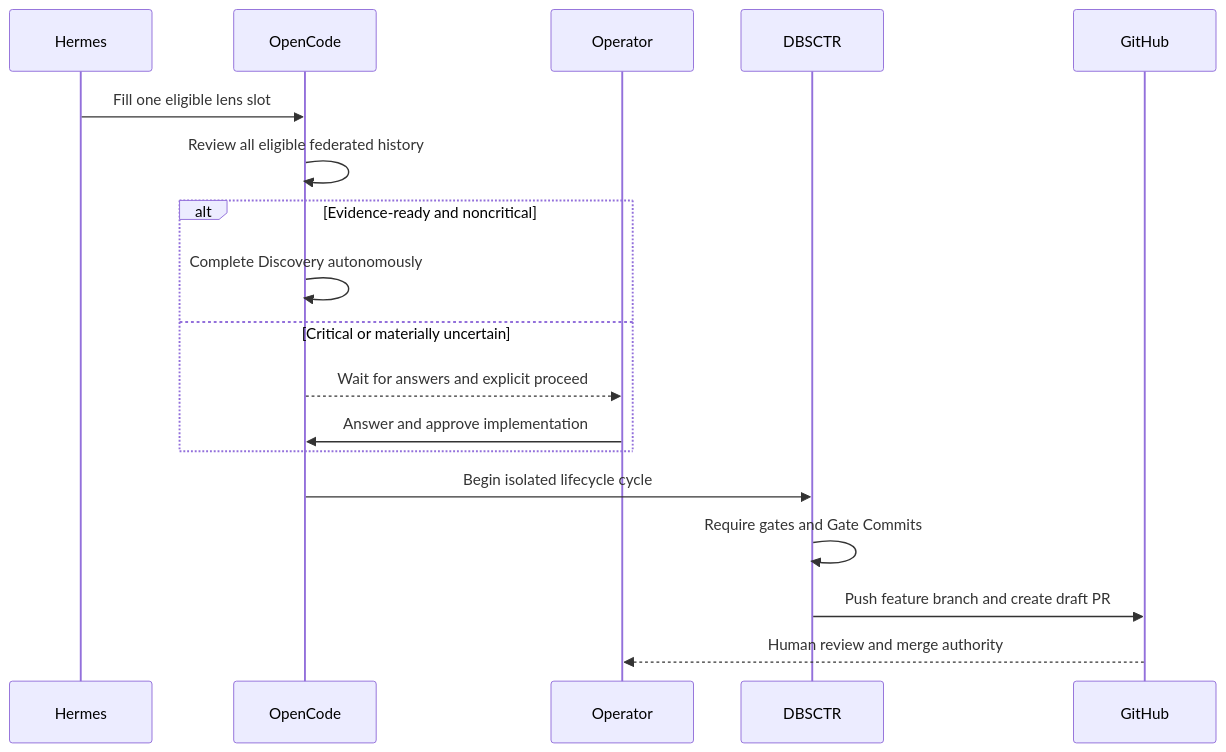
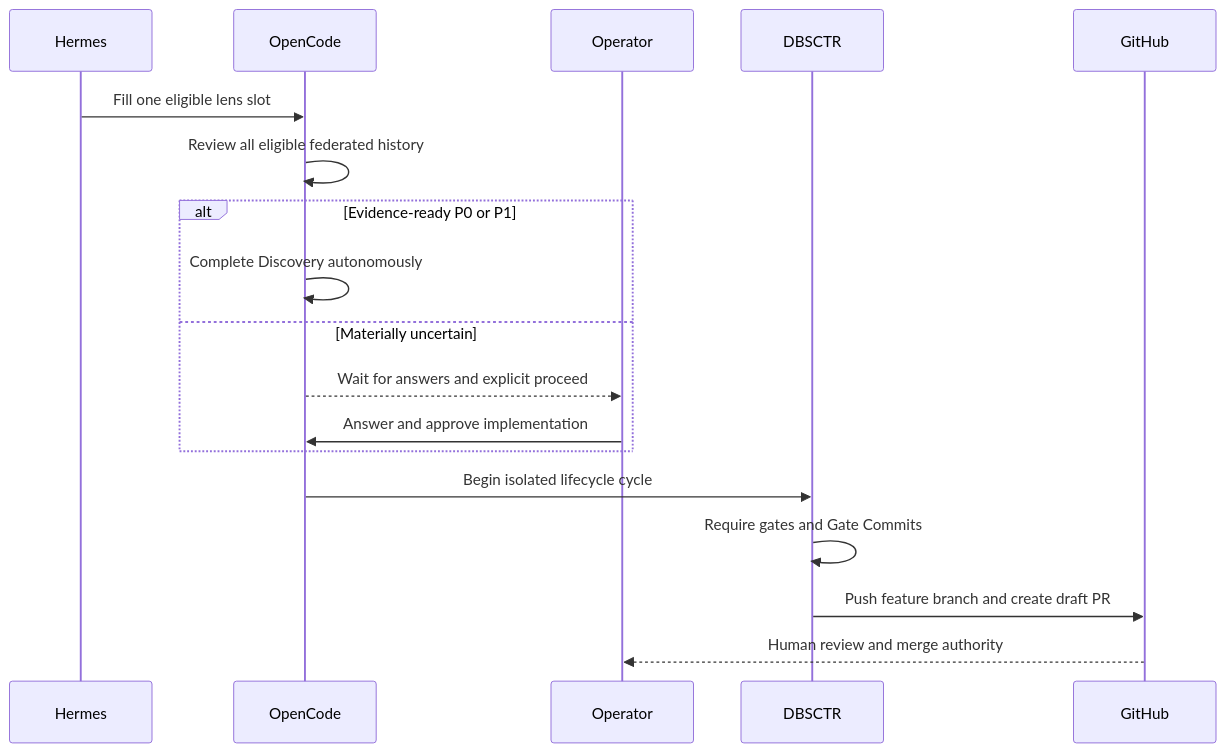
Before and after one commit to Saltiola7/dotfiles-ai: the second of 2 diagrams in docs/specs/dotfiles_ai_distribution/README.md, drawn with Mermaid. The commit also changed other lines of this file and 3 other files, not shown here.

````diff
--- a/docs/specs/dotfiles_ai_distribution/README.md
+++ b/docs/specs/dotfiles_ai_distribution/README.md
@@ -303,22 +312,22 @@
 ```mermaid
 sequenceDiagram
     accTitle: Autonomous improvement approval and delivery
-    accDescr: Hermes continuously fills eligible lens slots, OpenCode may autonomously implement evidence-ready noncritical work, critical or uncertain work waits for the operator, and DBSCTR can publish only a feature branch and draft pull request.
+    accDescr: Hermes continuously fills eligible lens slots, OpenCode may autonomously implement evidence-ready P0 and P1 work in isolation, uncertain work waits for the operator, and DBSCTR can publish only a feature branch and draft pull request.
     participant H as Hermes
     participant O as OpenCode
     participant U as Operator
     participant D as DBSCTR
     participant G as GitHub
     H->>O: Fill one eligible lens slot
     O->>O: Review all eligible federated history
-    alt Evidence-ready and noncritical
+    alt Evidence-ready P0 or P1
         O->>O: Complete Discovery autonomously
-    else Critical or materially uncertain
+    else Materially uncertain
         O-->>U: Wait for answers and explicit proceed
         U->>O: Answer and approve implementation
     end
     O->>D: Begin isolated lifecycle cycle
     D->>D: Require gates and Gate Commits
     D->>G: Push feature branch and create draft PR
     G-->>U: Human review and merge authority
 ```
````
